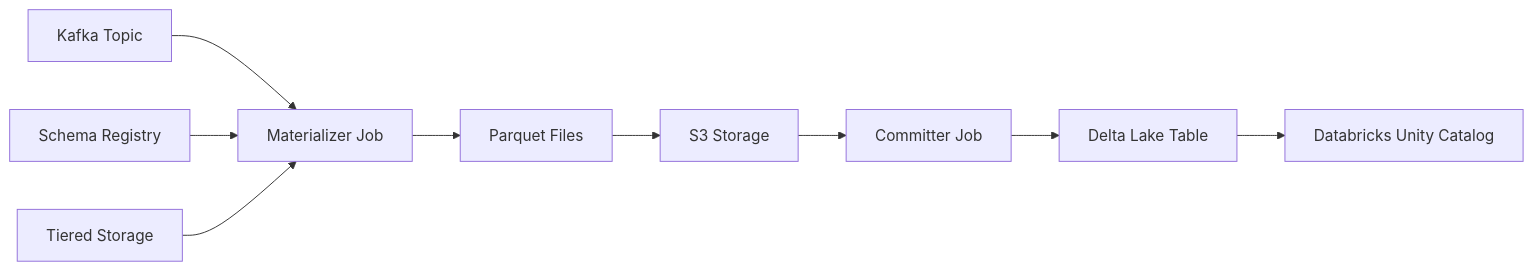
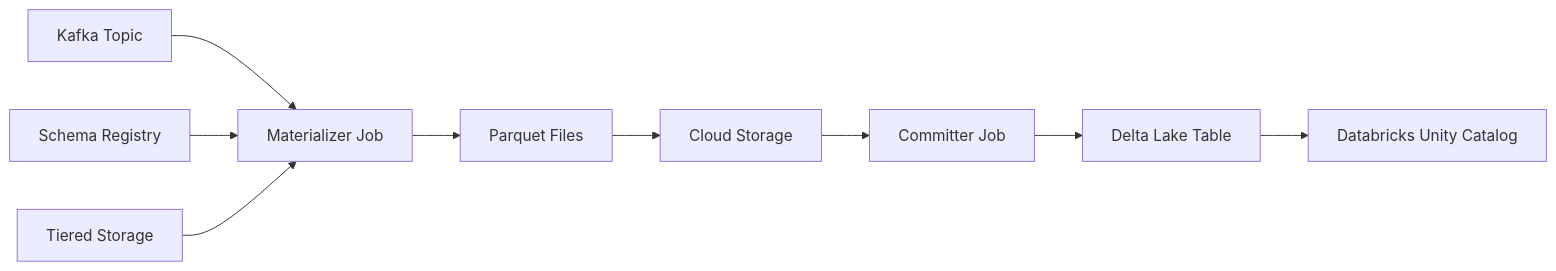
One commit to confluentinc/workshop-tableflow-databricks changed the diagram in labs/instructor-led/LAB4_tableflow/LAB4.md. Above: the diagram before and after it, drawn with Mermaid. The commit also changed other lines of this file and 20 other files, not shown here.

````diff
--- a/labs/instructor-led/LAB4_tableflow/LAB4.md
+++ b/labs/instructor-led/LAB4_tableflow/LAB4.md
@@ -70,12 +74,12 @@
 ```mermaid
 graph LR
     A[Kafka Topic] --> B[Materializer Job]
     B --> C[Parquet Files]
-    C --> D[S3 Storage]
+    C --> D[Cloud Storage]
     D --> E[Committer Job]
     E --> F[Delta Lake Table]
     F --> G[Databricks Unity Catalog]
 
     H[Schema Registry] --> B
     I[Tiered Storage] --> B
 ```
````
